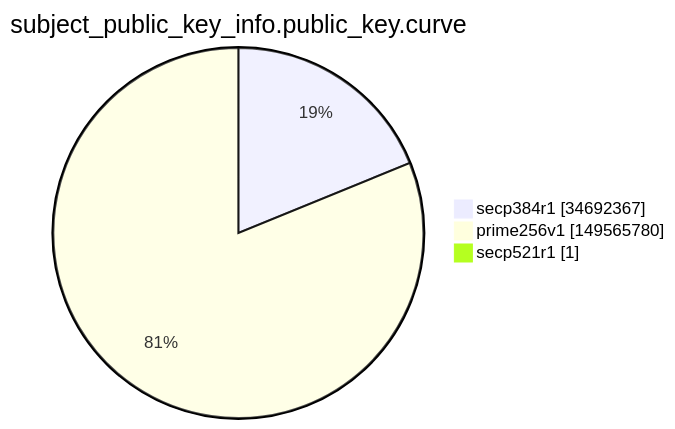
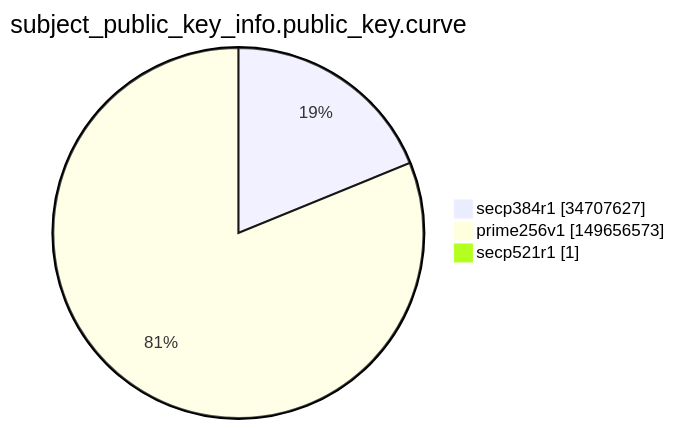
Before and after one commit to christiankrug/ctmonitor_visualization: the ninth of 15 diagrams in argon2022/README.md, drawn with Mermaid. The commit also changed other lines of this file, not shown here.

````diff
--- a/argon2022/README.md
+++ b/argon2022/README.md
@@ -2764,7 +2764,7 @@
 ```mermaid
 pie showData
 title subject_public_key_info.public_key.curve
-"secp384r1" :34692367
-"prime256v1" :149565780
+"secp384r1" :34707627
+"prime256v1" :149656573
 "secp521r1" :1
 ```
````
